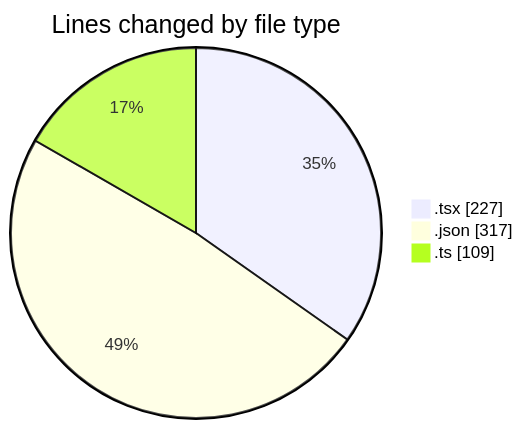
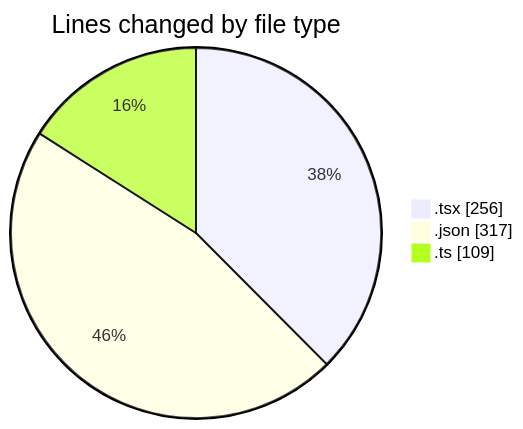
Before and after one commit to Elitesun/code-tracking: the first of 2 diagrams in 2025-04-08/sungpt/README.md, drawn with Mermaid. The commit also changed other lines of this file and 1 other file, not shown here.

````diff
--- a/2025-04-08/sungpt/README.md
+++ b/2025-04-08/sungpt/README.md
@@ -26,7 +26,7 @@
 ```mermaid
 pie showData
 title Lines changed by file type
-".tsx" : 227
+".tsx" : 256
 ".json" : 317
 ".ts" : 109
 ```
````
